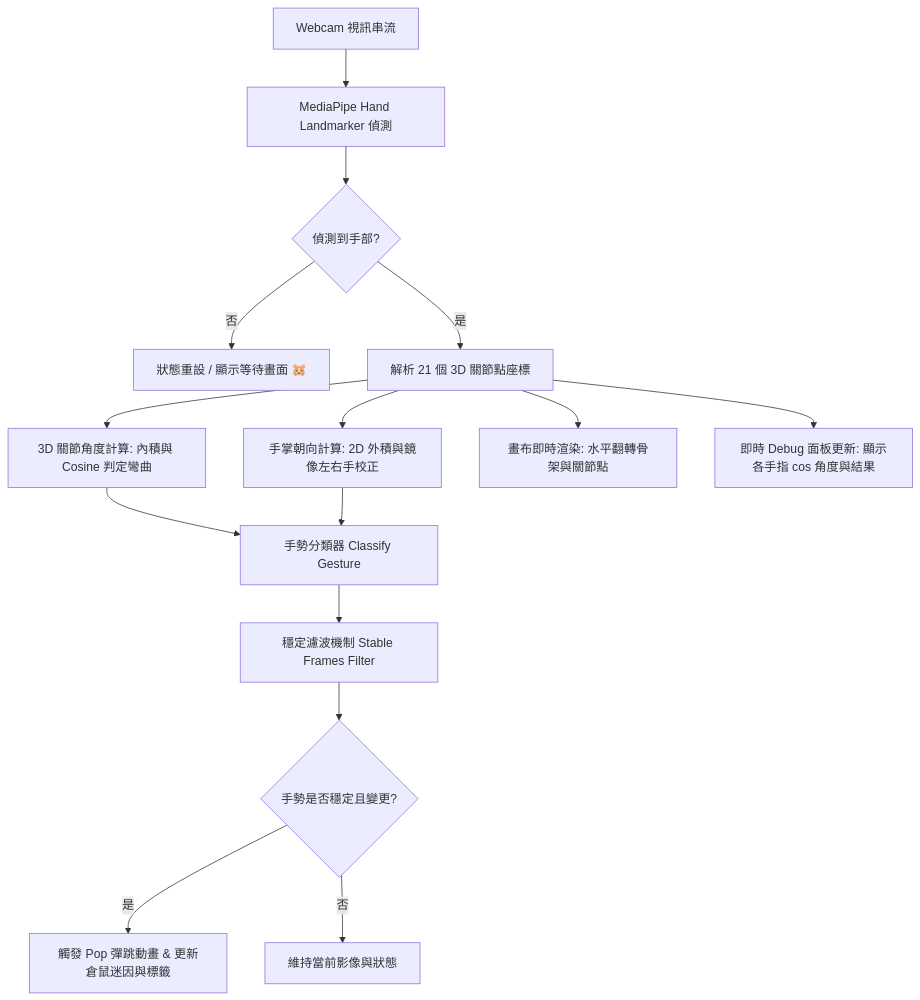
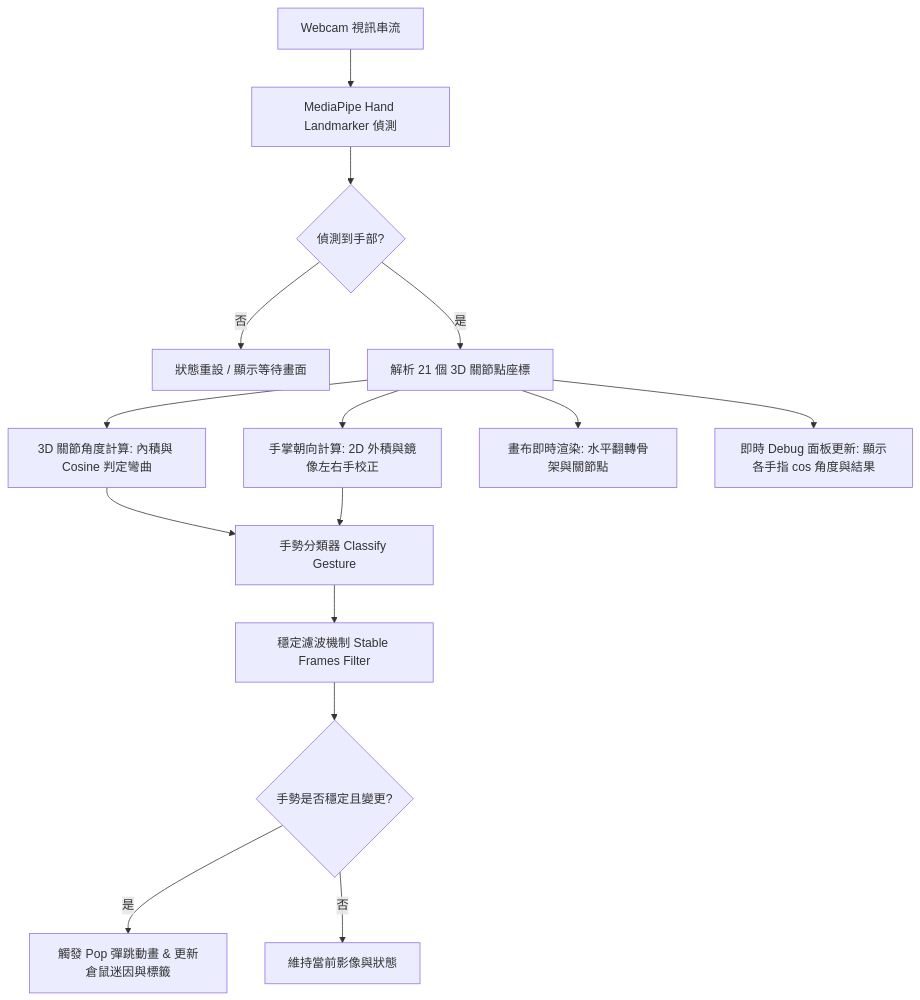
One commit to HungTaWang/Hamster_Detect changed the diagram in README.md. Above: the diagram before and after it, drawn with Mermaid. The commit also changed other lines of this file, not shown here.

````diff
--- a/README.md
+++ b/README.md
@@ -27,17 +27,17 @@
 ```mermaid
 graph TD
     A[Webcam 視訊串流] --> B[MediaPipe Hand Landmarker 偵測]
     B --> C{偵測到手部?}
-    C -- 否 --> D[狀態重設 / 顯示等待畫面 🐹]
+    C -- 否 --> D[狀態重設 / 顯示等待畫面]
     C -- 是 --> E[解析 21 個 3D 關節點座標]
     E --> F[3D 關節角度計算: 內積與 Cosine 判定彎曲]
     E --> G[手掌朝向計算: 2D 外積與鏡像左右手校正]
     F --> H[手勢分類器 Classify Gesture]
     G --> H
     H --> I[穩定濾波機制 Stable Frames Filter]
     I --> J{手勢是否穩定且變更?}
     J -- 是 --> K[觸發 Pop 彈跳動畫 & 更新倉鼠迷因與標籤]
     J -- 否 --> L[維持當前影像與狀態]
     E --> M[畫布即時渲染: 水平翻轉骨架與關節點]
     E --> N[即時 Debug 面板更新: 顯示各手指 cos 角度與結果]
 ```
````
